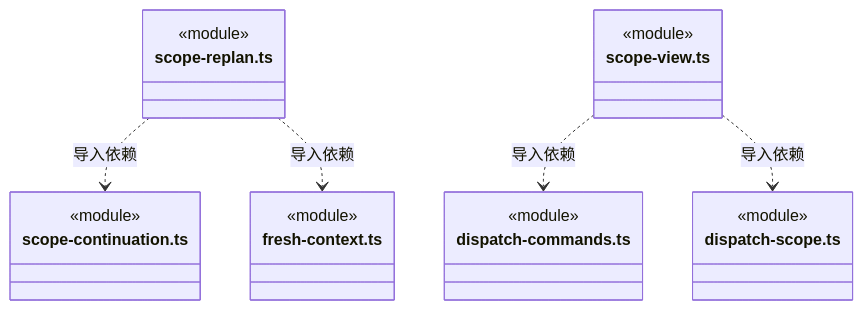
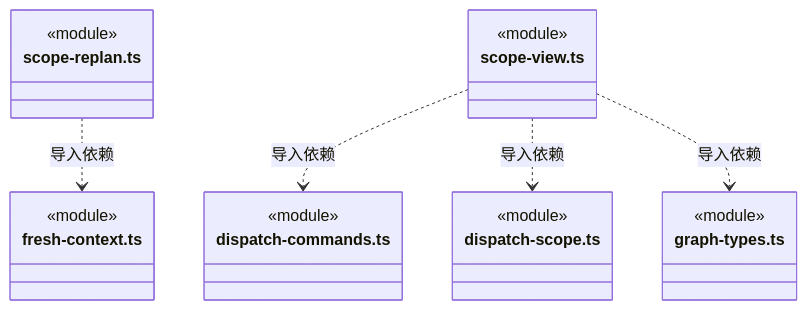
One commit to nan023062/cbim changed diagram 57 of 60 in src/backend/core/tasks/ARCHITECTURE.md. Above: the diagram before and after it, drawn with Mermaid. The commit also changed other lines of this file and 47 other files, not shown here.

````diff
--- a/src/backend/core/tasks/ARCHITECTURE.md
+++ b/src/backend/core/tasks/ARCHITECTURE.md
@@ -1333,25 +1424,25 @@
 ```mermaid
 classDiagram
 class N_src_backend_core_tasks_scope_replan_ts["scope-replan.ts"] {
-  <<module>>
-}
-class N_src_backend_core_tasks_scope_continuation_ts["scope-continuation.ts"] {
   <<module>>
 }
 class N_src_backend_core_tasks_fresh_context_ts["fresh-context.ts"] {
   <<module>>
 }
 class N_src_backend_core_tasks_scope_view_ts["scope-view.ts"] {
   <<module>>
 }
 class N_src_backend_core_tasks_dispatch_commands_ts["dispatch-commands.ts"] {
   <<module>>
 }
 class N_src_backend_core_tasks_dispatch_scope_ts["dispatch-scope.ts"] {
   <<module>>
 }
-N_src_backend_core_tasks_scope_replan_ts ..> N_src_backend_core_tasks_scope_continuation_ts : 导入依赖
+class N_src_backend_core_tasks_graph_types_ts["graph-types.ts"] {
+  <<module>>
+}
 N_src_backend_core_tasks_scope_replan_ts ..> N_src_backend_core_tasks_fresh_context_ts : 导入依赖
 N_src_backend_core_tasks_scope_view_ts ..> N_src_backend_core_tasks_dispatch_commands_ts : 导入依赖
 N_src_backend_core_tasks_scope_view_ts ..> N_src_backend_core_tasks_dispatch_scope_ts : 导入依赖
+N_src_backend_core_tasks_scope_view_ts ..> N_src_backend_core_tasks_graph_types_ts : 导入依赖
 ```
````
